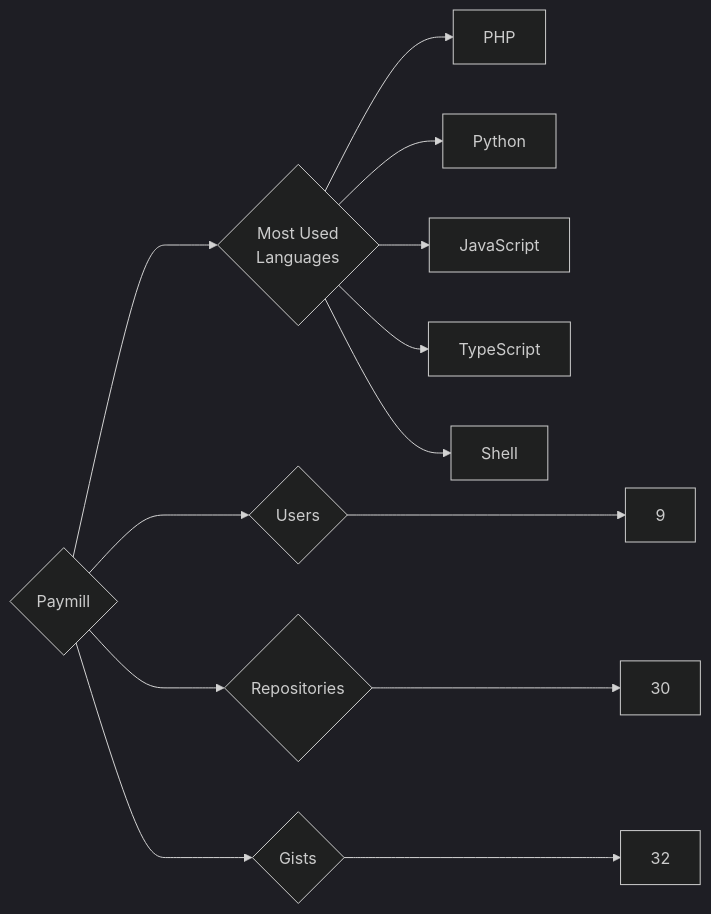
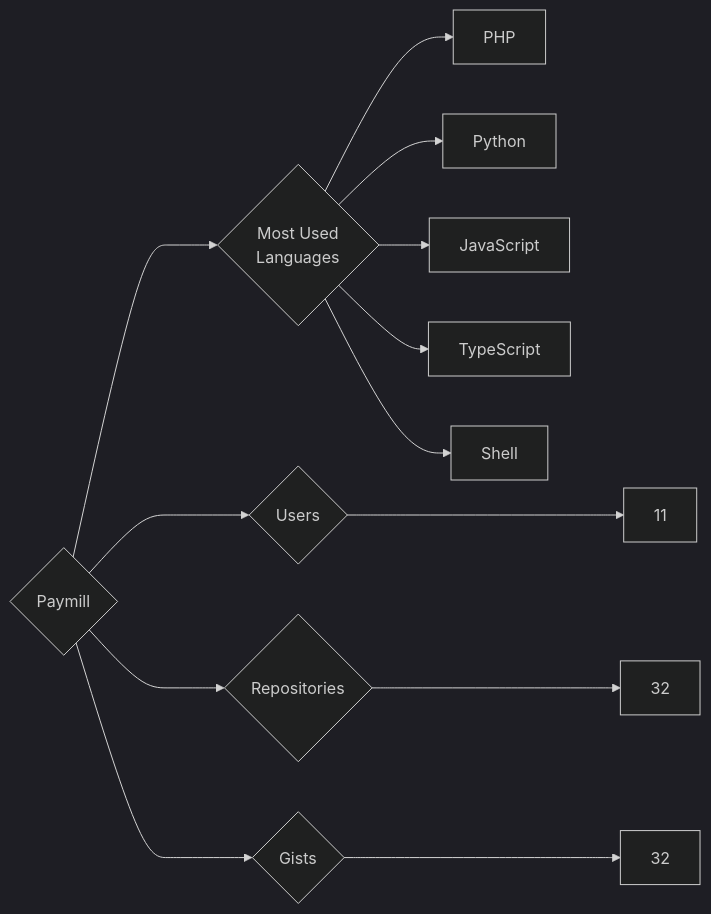
One commit to trickest/insiders changed the diagram in targets/Paymill/README.md. Above: the diagram before and after it, drawn with Mermaid (dark theme). The commit also changed 1508 other files, not shown here.

````diff
--- a/targets/Paymill/README.md
+++ b/targets/Paymill/README.md
@@ -3,13 +3,13 @@
 ```mermaid
 graph LR
 COMPANY_NAME{Paymill}
-COMPANY_NAME ---> U{Users} ---> UN[9]
-COMPANY_NAME ---> R{Repositories} ---> RN[30]
+COMPANY_NAME ---> U{Users} ---> UN[11]
+COMPANY_NAME ---> R{Repositories} ---> RN[32]
 COMPANY_NAME ---> G{Gists} ---> GN[32]
 COMPANY_NAME ---> ML{Most Used<br>Languages}
 ML --> PHP[PHP]
 ML --> Python[Python]
 ML --> JavaScript[JavaScript]
 ML --> TypeScript[TypeScript]
 ML --> Shell[Shell]
 ```
````
